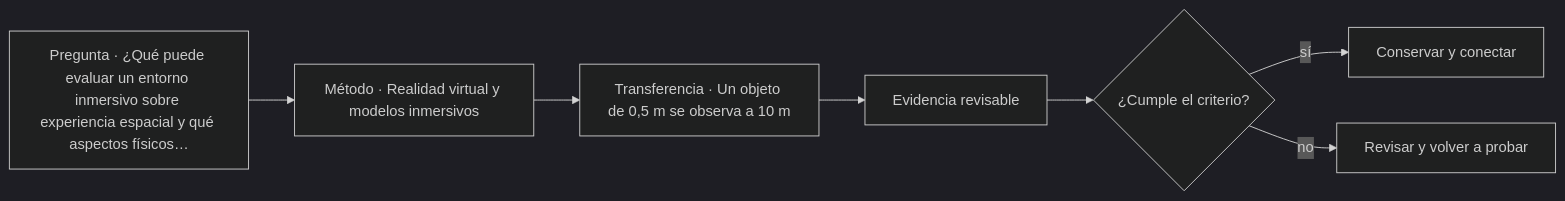
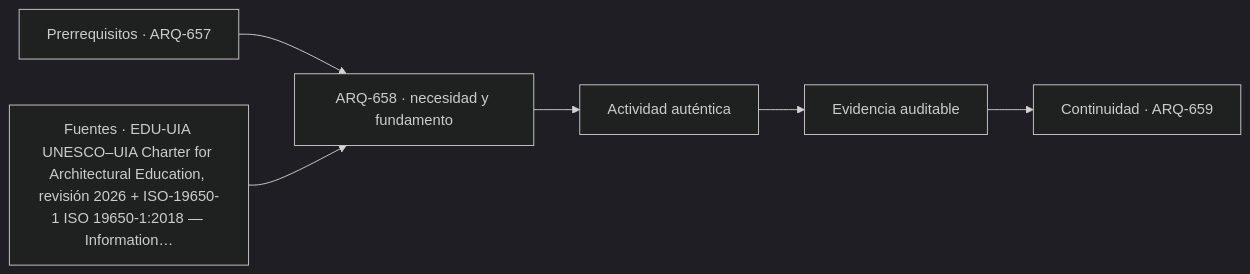
One commit to vladimiracunadev-create/architecture-built-environment-learning-program changed the diagram in classes/parte-66/ARQ-658.md. Above: the diagram before and after it, drawn with Mermaid (dark theme). The commit also changed other lines of this file and 761 other files, not shown here.

````diff
--- a/classes/parte-66/ARQ-658.md
+++ b/classes/parte-66/ARQ-658.md
@@ -66,9 +78,8 @@
 ```mermaid
 flowchart LR
-    Q["Pregunta · ¿Qué puede evaluar un entorno inmersivo sobre experiencia espacial y qué aspectos físicos…"] --> M["Método · Realidad virtual y modelos inmersivos"]
-    M --> P["Transferencia · Un objeto de 0,5 m se observa a 10 m"]
-    P --> E["Evidencia revisable"]
-    E --> C{"¿Cumple el criterio?"}
-    C -->|sí| T["Conservar y conectar"]
-    C -->|no| R["Revisar y volver a probar"]
+    A["Prerrequisitos · ARQ-657"] --> B["ARQ-658 · necesidad y fundamento"]
+    S["Fuentes · EDU-UIA UNESCO–UIA Charter for Architectural Education, revisión 2026 + ISO-19650-1 ISO 19650-1:2018 — Information…"] --> B
+    B --> C["Actividad auténtica"]
+    C --> D["Evidencia auditable"]
+    D --> E["Continuidad · ARQ-659"]
 ```
````
